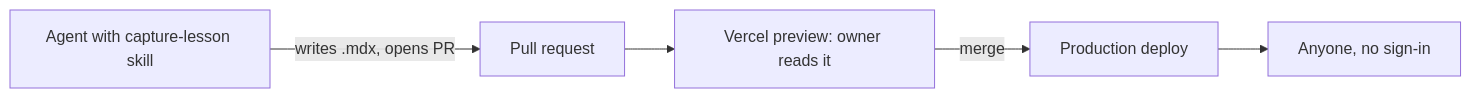
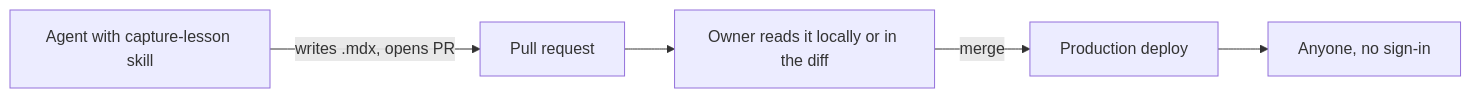
Before and after one commit to msskzx/distillate: the diagram in docs/plans/lessons-web-app.md, drawn with Mermaid. The commit also changed other lines of this file and 89 other files, not shown here.

````diff
--- a/docs/plans/lessons-web-app.md
+++ b/docs/plans/lessons-web-app.md
@@ -9,7 +9,7 @@
 ```mermaid
 flowchart LR
     Agent[Agent with capture-lesson skill] -->|writes .mdx, opens PR| PR[Pull request]
-    PR --> Preview[Vercel preview: owner reads it]
-    Preview -->|merge| Prod[Production deploy]
+    PR --> Local[Owner reads it locally or in the diff]
+    Local -->|merge| Prod[Production deploy]
     Prod --> Reader[Anyone, no sign-in]
 ```
````
